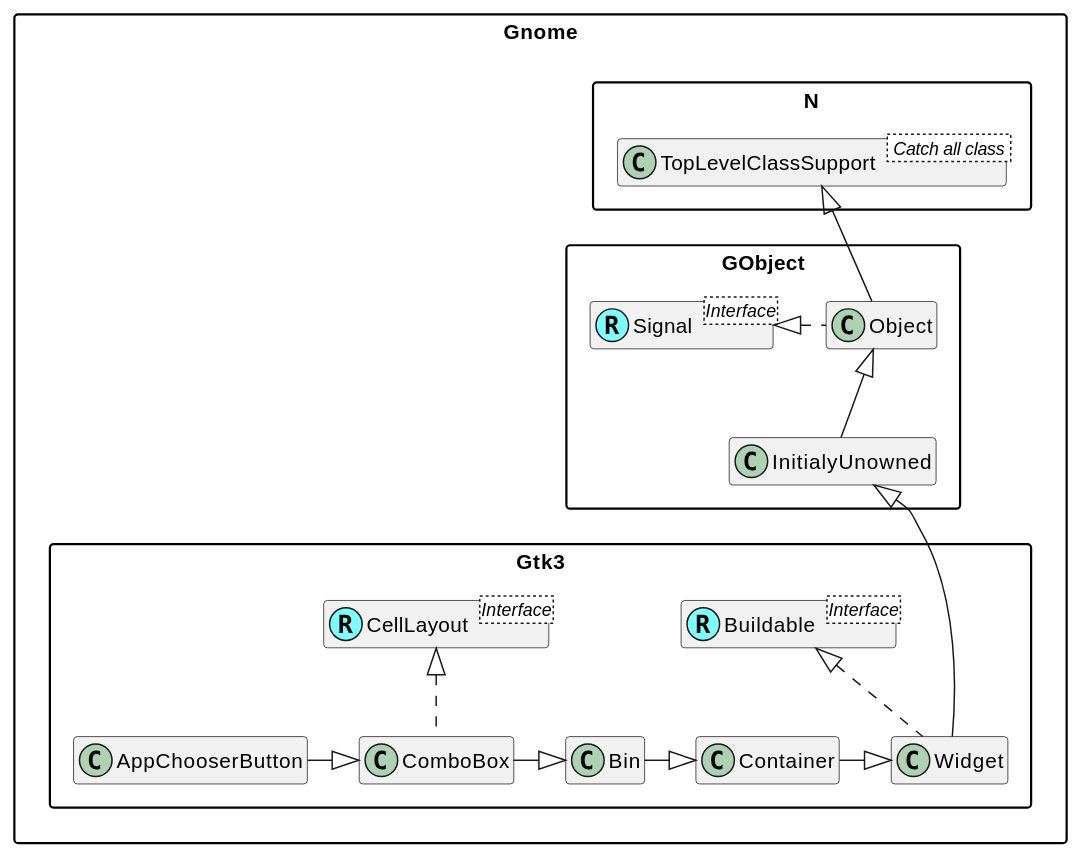
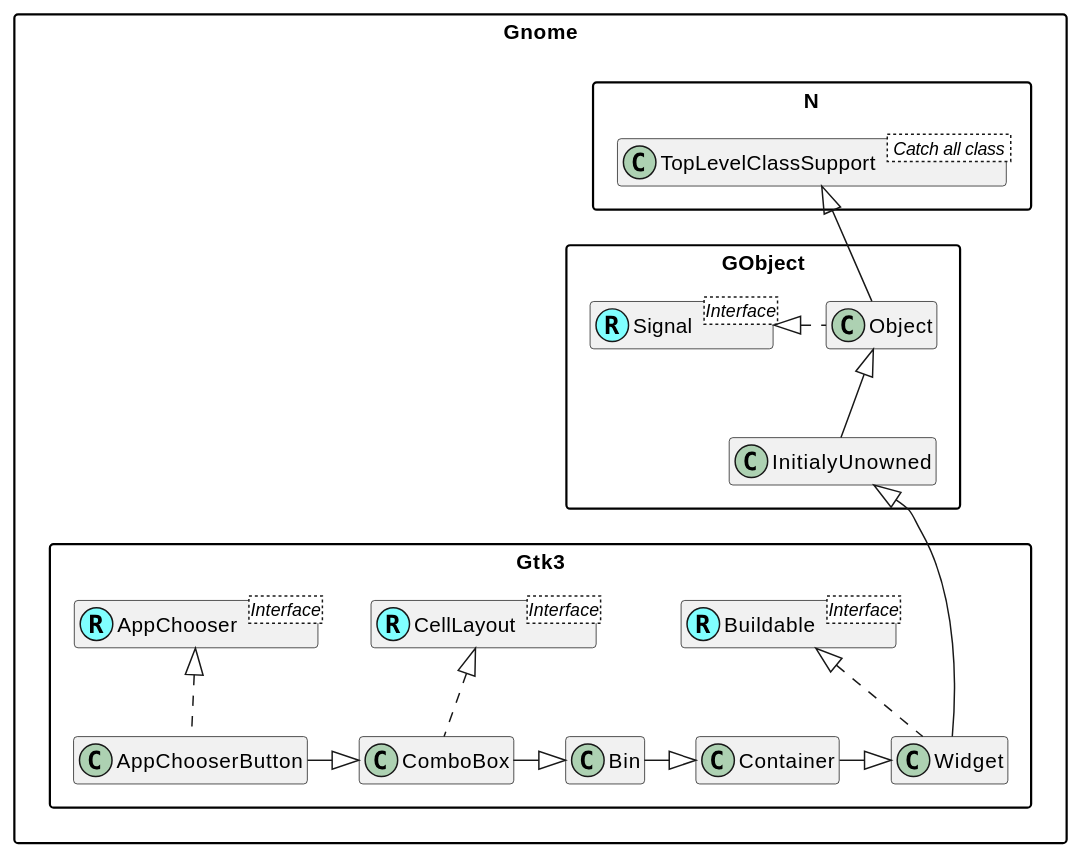
One commit to MARTIMM/gnome-gtk3 changed the diagram in doc/plantuml/AppChooserButton.md. Above: the diagram before and after it, drawn with PlantUML. The commit also changed 5 other files, not shown here.

````diff
--- a/doc/plantuml/AppChooserButton.md
+++ b/doc/plantuml/AppChooserButton.md
@@ -1,39 +1,43 @@
 ```plantuml
 @startuml
 'scale 0.9
 skinparam packageStyle rectangle
 skinparam stereotypeCBackgroundColor #80ffff
 set namespaceSeparator ::
 hide members
 
 
 'Class and interface decorations
 class Gnome::N::TopLevelClassSupport < Catch all class >
 
 Interface Gnome::GObject::Signal <Interface>
 class Gnome::GObject::Signal <<(R,#80ffff)>>
 
 Interface Gnome::Gtk3::Buildable <Interface>
 class Gnome::Gtk3::Buildable <<(R,#80ffff)>>
 
 Interface Gnome::Gtk3::CellLayout <Interface>
 class Gnome::Gtk3::CellLayout <<(R,#80ffff)>>
 
+Interface Gnome::Gtk3::AppChooser <Interface>
+class Gnome::Gtk3::AppChooser <<(R,#80ffff)>>
+
 
 'Class connections
 Gnome::N::TopLevelClassSupport <|-- Gnome::GObject::Object
 Gnome::GObject::InitialyUnowned <|--- Gnome::Gtk3::Widget
 
 Gnome::GObject::Object <|-- Gnome::GObject::InitialyUnowned
 Gnome::GObject::Signal <|. Gnome::GObject::Object
 
 Gnome::Gtk3::Widget .up.|>Gnome::Gtk3::Buildable
 
 Gnome::Gtk3::Bin -|> Gnome::Gtk3::Container
 Gnome::Gtk3::Container -|> Gnome::Gtk3::Widget
 Gnome::Gtk3::Bin <|-left- Gnome::Gtk3::ComboBox
 Gnome::Gtk3::ComboBox .up.|> Gnome::Gtk3::CellLayout
 Gnome::Gtk3::ComboBox <|-left- Gnome::Gtk3::AppChooserButton
+Gnome::Gtk3::AppChooserButton .up.|> Gnome::Gtk3::AppChooser
 
 @enduml
 ```
````
